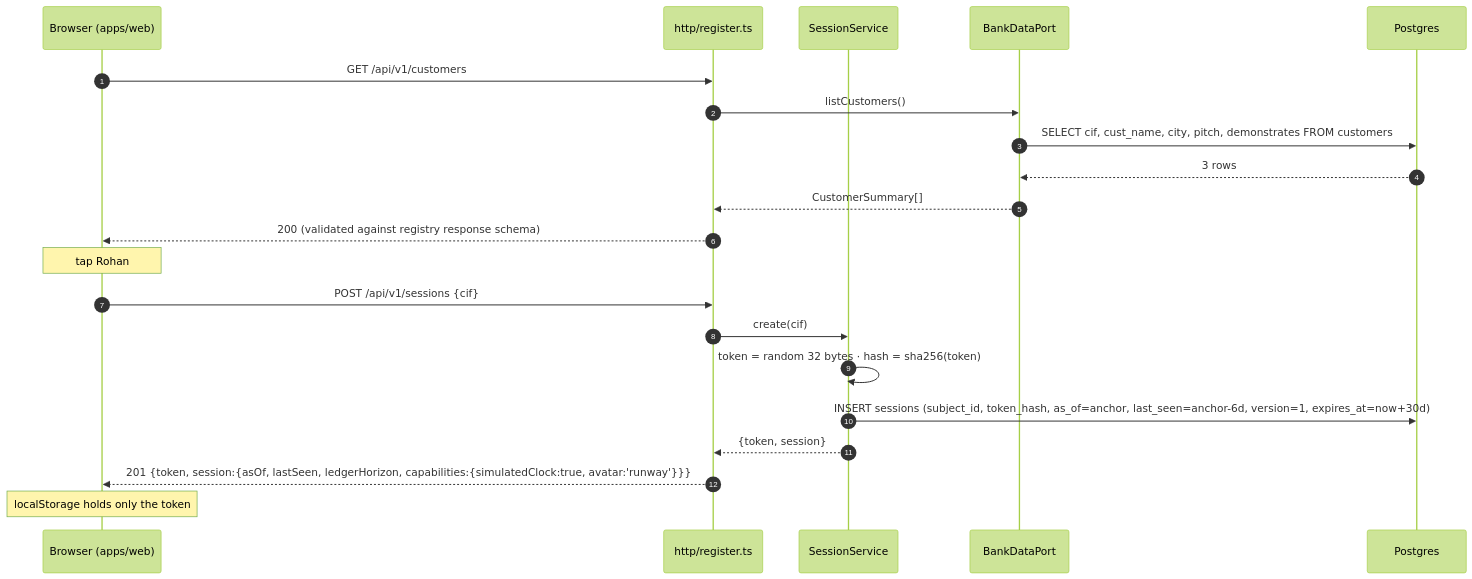
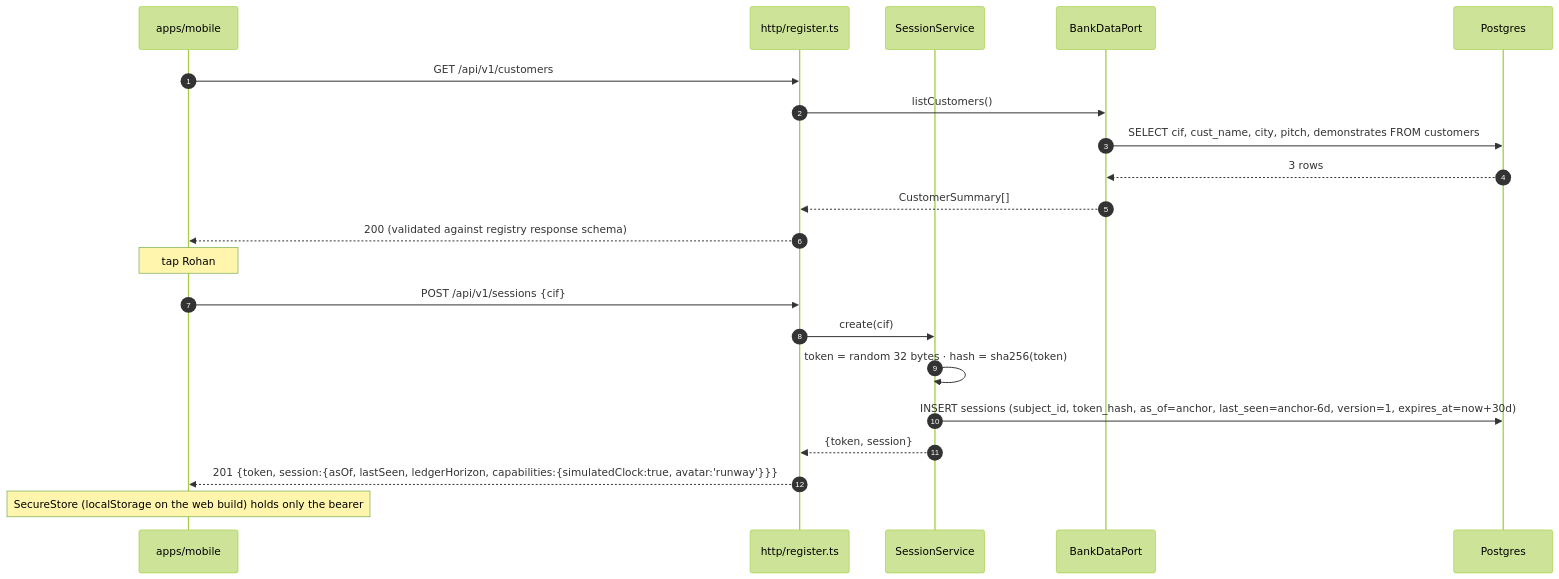
The first of 6 diagrams in docs/architecture/lifecycles.md (dhan-sarthi/dhan-sarthi), drawn with Mermaid (forest theme) before and after one commit. The commit also changed other lines of this file and 45 other files, not shown here.

````diff
--- a/docs/architecture/lifecycles.md
+++ b/docs/architecture/lifecycles.md
@@ -14,23 +30,23 @@
 ```mermaid
 sequenceDiagram
     autonumber
-    participant B as Browser (apps/web)
+    participant B as apps/mobile
     participant H as http/register.ts
     participant S as SessionService
     participant BD as BankDataPort
     participant DB as Postgres
     B->>H: GET /api/v1/customers
     H->>BD: listCustomers()
     BD->>DB: SELECT cif, cust_name, city, pitch, demonstrates FROM customers
     DB-->>BD: 3 rows
     BD-->>H: CustomerSummary[]
     H-->>B: 200 (validated against registry response schema)
     Note over B: tap Rohan
     B->>H: POST /api/v1/sessions {cif}
     H->>S: create(cif)
     S->>S: token = random 32 bytes · hash = sha256(token)
     S->>DB: INSERT sessions (subject_id, token_hash, as_of=anchor, last_seen=anchor-6d, version=1, expires_at=now+30d)
     S-->>H: {token, session}
     H-->>B: 201 {token, session:{asOf, lastSeen, ledgerHorizon, capabilities:{simulatedClock:true, avatar:'runway'}}}
-    Note over B: localStorage holds only the token
+    Note over B: SecureStore (localStorage on the web build) holds only the bearer
 ```
````
